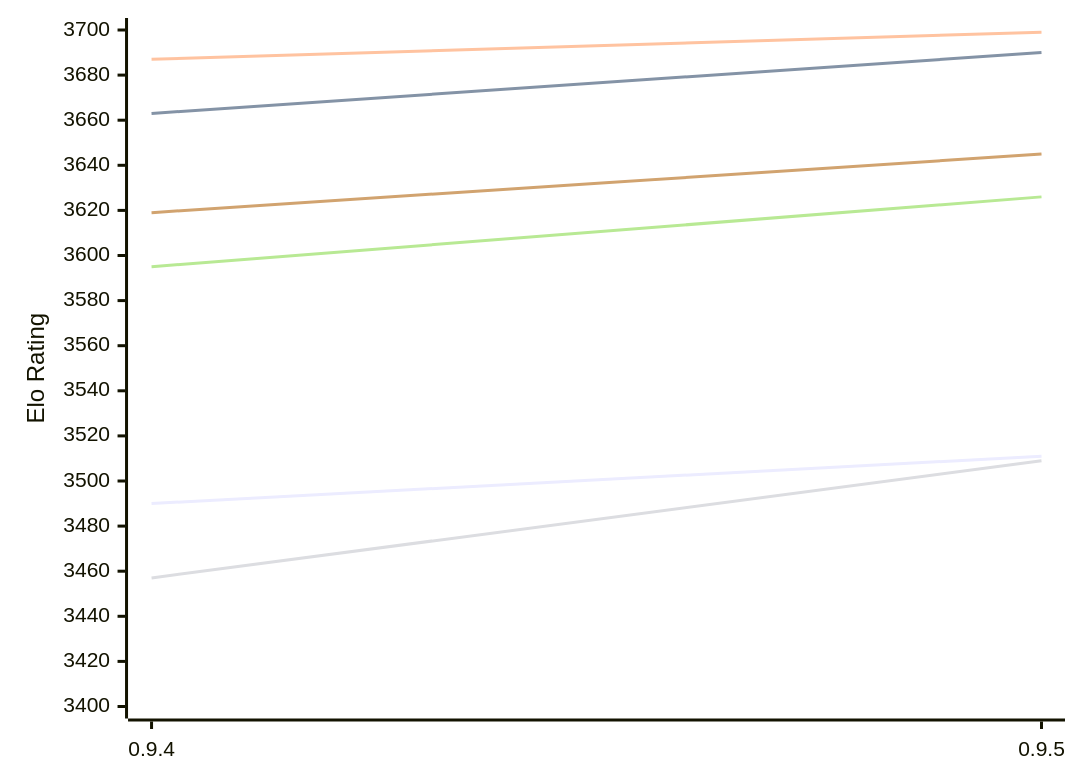
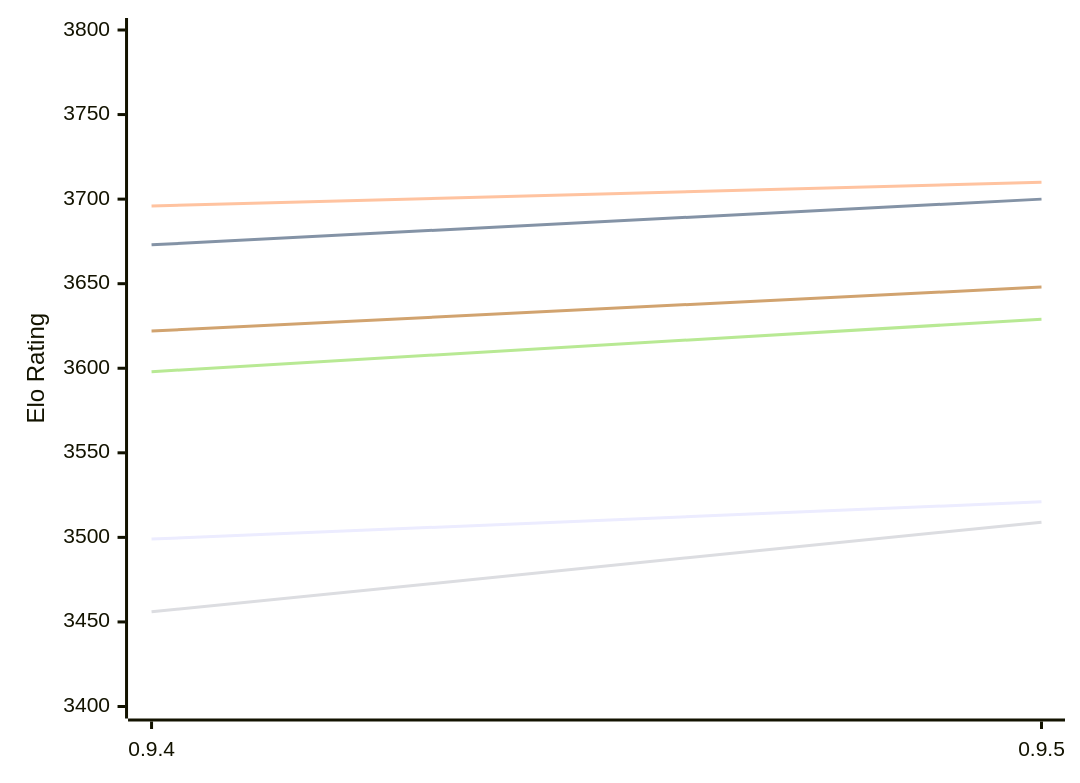
One commit to computer-chess-index/cci changed the first of 2 diagrams in engines/Coda.md. Above: the diagram before and after it, drawn with Mermaid. The commit also changed other lines of this file, not shown here.

Commit message:
Update CCI Ratings (ELO VLTC) - 2026-11-16

````diff
--- a/engines/Coda.md
+++ b/engines/Coda.md
@@ -52,12 +52,12 @@
 ```mermaid
 %%{init: {"theme":"base","themeVariables":{"seriesColors:['#a3a3a3','#222221','#faa371']}}}%%
 xychart-beta
   x-axis ["0.9.4", "0.9.5"]
-  y-axis "Elo Rating" 3400 --> 3700
-  line "E1: STC (8.0+0.08s)" [3490, 3511]
-  line "E1: LTC (60.0+0.60s)" [3663, 3690]
-  line "E1: VLTC (2m24s+1.12s)" [3687, 3699]
-  line "P1: STC (8.0+0.08s)" [3457, 3509]
-  line "P1: LTC (60.0+0.60s)" [3595, 3626]
-  line "P1: VLTC (2m24s+1.12s)" [3619, 3645]
+  y-axis "Elo Rating" 3400 --> 3800
+  line "E1: STC (8.0+0.08s)" [3499, 3521]
+  line "E1: LTC (60.0+0.60s)" [3673, 3700]
+  line "E1: VLTC (2m24s+1.12s)" [3696, 3710]
+  line "P1: STC (8.0+0.08s)" [3456, 3509]
+  line "P1: LTC (60.0+0.60s)" [3598, 3629]
+  line "P1: VLTC (2m24s+1.12s)" [3622, 3648]
 ```
````
